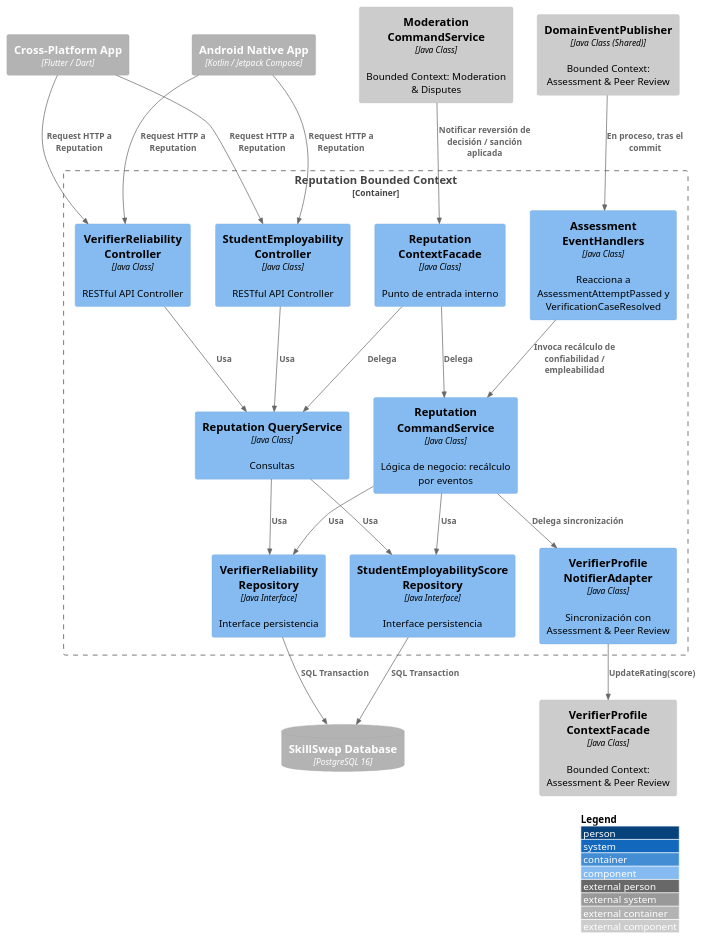
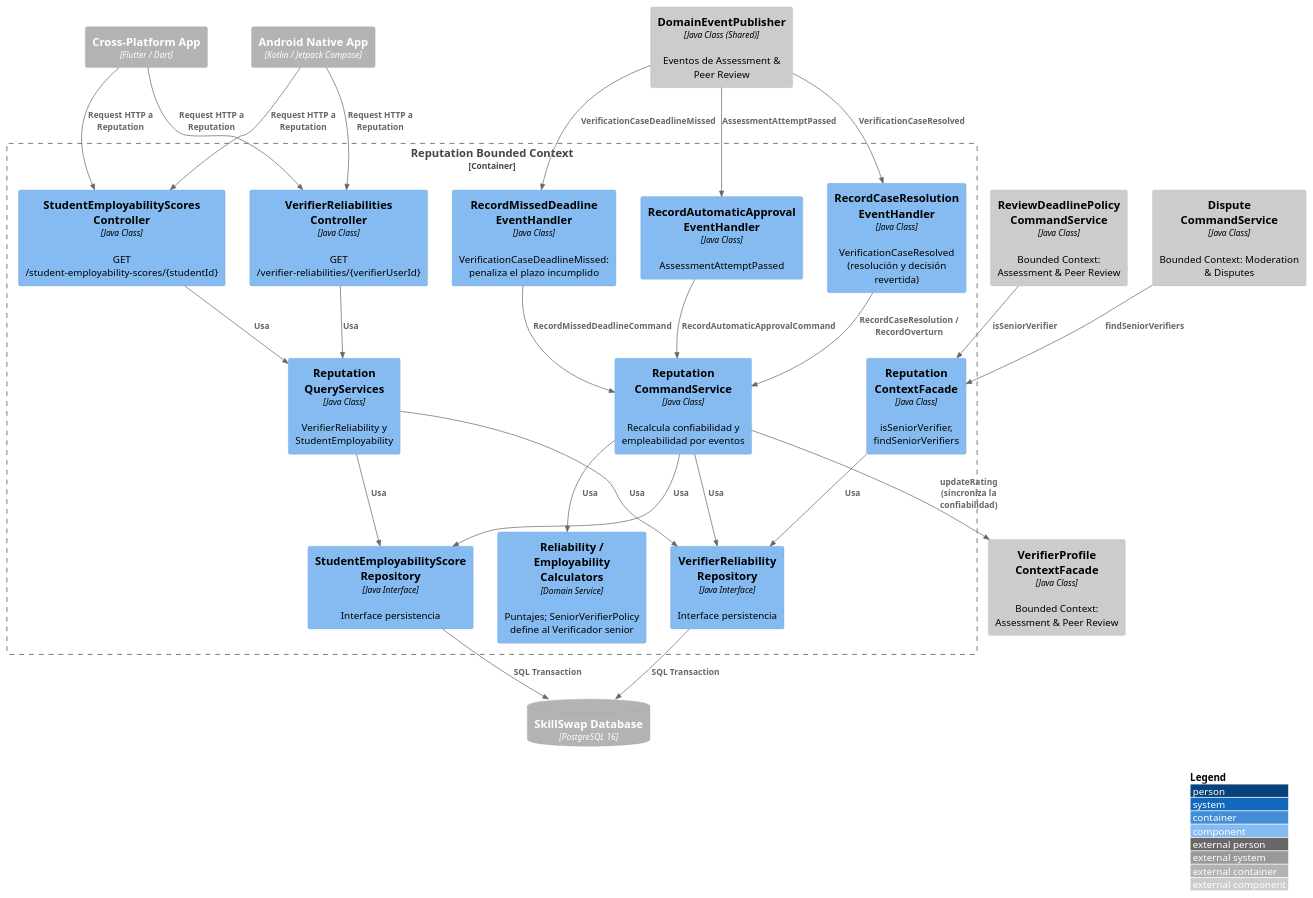
The diagram in DB&C4/Component Diagram — Reputation.puml (Aplicaciones-Dispositivos-Moviles/SkillSwap-ProjectReport), drawn with PlantUML before and after one commit. The commit also changed 49 other files, not shown here.

```diff
--- a/DB&C4/Component Diagram — Reputation.puml
+++ b/DB&C4/Component Diagram — Reputation.puml
@@ -1,52 +1,57 @@
 @startuml ReputationComponent
 !include https://raw.githubusercontent.com/plantuml-stdlib/C4-PlantUML/master/C4_Component.puml
 
 LAYOUT_WITH_LEGEND()
 
 Container_Ext(androidApp, "Android Native App", "Kotlin / Jetpack Compose")
 Container_Ext(flutterApp, "Cross-Platform App", "Flutter / Dart")
 ContainerDb_Ext(mainDB, "SkillSwap Database", "PostgreSQL 16")
 
 Container_Boundary(reputationBC, "Reputation Bounded Context") {
-    Component(verifierReliabilityController, "VerifierReliability Controller", "Java Class", "RESTful API Controller")
-    Component(studentEmployabilityController, "StudentEmployability Controller", "Java Class", "RESTful API Controller")
-    Component(reputationCommandService, "Reputation CommandService", "Java Class", "Lógica de negocio: recálculo por eventos")
-    Component(reputationQueryService, "Reputation QueryService", "Java Class", "Consultas")
-    Component(assessmentEventHandlers, "Assessment EventHandlers", "Java Class", "Reacciona a AssessmentAttemptPassed y VerificationCaseResolved")
+    Component(verifierReliabilityController, "VerifierReliabilities Controller", "Java Class", "GET /verifier-reliabilities/{verifierUserId}")
+    Component(studentEmployabilityController, "StudentEmployabilityScores Controller", "Java Class", "GET /student-employability-scores/{studentId}")
+    Component(reputationCommandService, "Reputation CommandService", "Java Class", "Recalcula confiabilidad y empleabilidad por eventos")
+    Component(reputationQueryServices, "Reputation QueryServices", "Java Class", "VerifierReliability y StudentEmployability")
+    Component(automaticApprovalHandler, "RecordAutomaticApproval EventHandler", "Java Class", "AssessmentAttemptPassed")
+    Component(caseResolutionHandler, "RecordCaseResolution EventHandler", "Java Class", "VerificationCaseResolved (resolución y decisión revertida)")
+    Component(missedDeadlineHandler, "RecordMissedDeadline EventHandler", "Java Class", "VerificationCaseDeadlineMissed: penaliza el plazo incumplido")
+    Component(calculators, "Reliability / Employability Calculators", "Domain Service", "Puntajes; SeniorVerifierPolicy define al Verificador senior")
     Component(verifierReliabilityRepository, "VerifierReliability Repository", "Java Interface", "Interface persistencia")
     Component(studentEmployabilityRepository, "StudentEmployabilityScore Repository", "Java Interface", "Interface persistencia")
-    Component(verifierProfileNotifierExternal, "VerifierProfile NotifierAdapter", "Java Class", "Sincronización con Assessment & Peer Review")
-    Component(reputationContextFacade, "Reputation ContextFacade", "Java Class", "Punto de entrada interno")
+    Component(reputationContextFacade, "Reputation ContextFacade", "Java Class", "isSeniorVerifier, findSeniorVerifiers")
 }
 
+Component_Ext(domainEventPublisher, "DomainEventPublisher", "Java Class (Shared)", "Eventos de Assessment & Peer Review")
 Component_Ext(verifierProfileContextFacade, "VerifierProfile ContextFacade", "Java Class", "Bounded Context: Assessment & Peer Review")
-Component_Ext(assessmentDomainEventPublisher, "DomainEventPublisher", "Java Class (Shared)", "Bounded Context: Assessment & Peer Review")
-Component_Ext(moderationCommandService, "Moderation CommandService", "Java Class", "Bounded Context: Moderation & Disputes")
+Component_Ext(deadlinePolicyCommandService, "ReviewDeadlinePolicy CommandService", "Java Class", "Bounded Context: Assessment & Peer Review")
+Component_Ext(disputeCommandService, "Dispute CommandService", "Java Class", "Bounded Context: Moderation & Disputes")
 
 Rel(androidApp, verifierReliabilityController, "Request HTTP a Reputation")
 Rel(flutterApp, verifierReliabilityController, "Request HTTP a Reputation")
 Rel(androidApp, studentEmployabilityController, "Request HTTP a Reputation")
 Rel(flutterApp, studentEmployabilityController, "Request HTTP a Reputation")
 
-Rel(verifierReliabilityController, reputationQueryService, "Usa")
-Rel(studentEmployabilityController, reputationQueryService, "Usa")
+Rel(verifierReliabilityController, reputationQueryServices, "Usa")
+Rel(studentEmployabilityController, reputationQueryServices, "Usa")
 
+Rel(domainEventPublisher, automaticApprovalHandler, "AssessmentAttemptPassed")
+Rel(domainEventPublisher, caseResolutionHandler, "VerificationCaseResolved")
+Rel(domainEventPublisher, missedDeadlineHandler, "VerificationCaseDeadlineMissed")
+Rel(automaticApprovalHandler, reputationCommandService, "RecordAutomaticApprovalCommand")
+Rel(caseResolutionHandler, reputationCommandService, "RecordCaseResolution / RecordOverturn")
+Rel(missedDeadlineHandler, reputationCommandService, "RecordMissedDeadlineCommand")
+
+Rel(reputationCommandService, calculators, "Usa")
 Rel(reputationCommandService, verifierReliabilityRepository, "Usa")
 Rel(reputationCommandService, studentEmployabilityRepository, "Usa")
-Rel(reputationQueryService, verifierReliabilityRepository, "Usa")
-Rel(reputationQueryService, studentEmployabilityRepository, "Usa")
+Rel(reputationQueryServices, verifierReliabilityRepository, "Usa")
+Rel(reputationQueryServices, studentEmployabilityRepository, "Usa")
 Rel(verifierReliabilityRepository, mainDB, "SQL Transaction")
 Rel(studentEmployabilityRepository, mainDB, "SQL Transaction")
 
-Rel(assessmentDomainEventPublisher, assessmentEventHandlers, "En proceso, tras el commit")
-Rel(assessmentEventHandlers, reputationCommandService, "Invoca recálculo de confiabilidad / empleabilidad")
-
-Rel(reputationCommandService, verifierProfileNotifierExternal, "Delega sincronización")
-Rel(verifierProfileNotifierExternal, verifierProfileContextFacade, "UpdateRating(score)")
-
-Rel(reputationContextFacade, reputationCommandService, "Delega")
-Rel(reputationContextFacade, reputationQueryService, "Delega")
-
-Rel(moderationCommandService, reputationContextFacade, "Notificar reversión de decisión / sanción aplicada")
+Rel(reputationCommandService, verifierProfileContextFacade, "updateRating (sincroniza la confiabilidad)")
+Rel(reputationContextFacade, verifierReliabilityRepository, "Usa")
+Rel(deadlinePolicyCommandService, reputationContextFacade, "isSeniorVerifier")
+Rel(disputeCommandService, reputationContextFacade, "findSeniorVerifiers")
 
 @enduml
```
